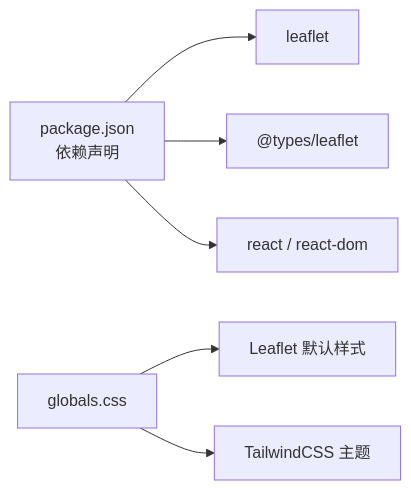
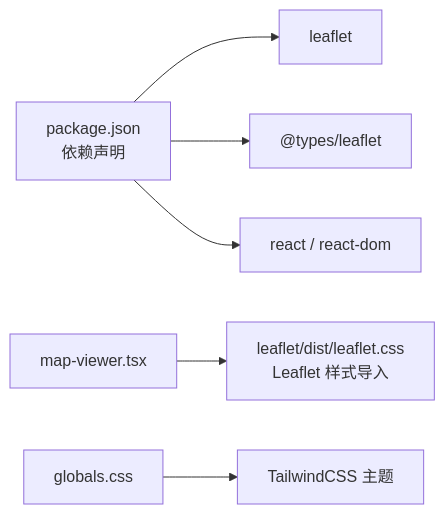
The sixth of 6 diagrams in .qoder/repowiki/zh/content/前端架构/UI组件系统/业务组件/地图查看器组件 (MapViewr).md (cccd123/macau-mystery), drawn with Mermaid before and after one commit. The commit also changed other lines of this file and 43 other files, not shown here.

````diff
--- a/.qoder/repowiki/zh/content/前端架构/UI组件系统/业务组件/地图查看器组件 (MapViewr).md
+++ b/.qoder/repowiki/zh/content/前端架构/UI组件系统/业务组件/地图查看器组件 (MapViewr).md
@@ -232,8 +243,8 @@
 ```mermaid
 graph LR
 P["package.json<br/>依赖声明"] --> L["leaflet"]
 P --> T["@types/leaflet"]
 P --> R["react / react-dom"]
-S["globals.css"] --> LS["Leaflet 默认样式"]
-S --> TW["TailwindCSS 主题"]
+M["map-viewer.tsx"] --> LC["leaflet/dist/leaflet.css<br/>Leaflet 样式导入"]
+S["globals.css"] --> TW["TailwindCSS 主题"]
 ```
````
